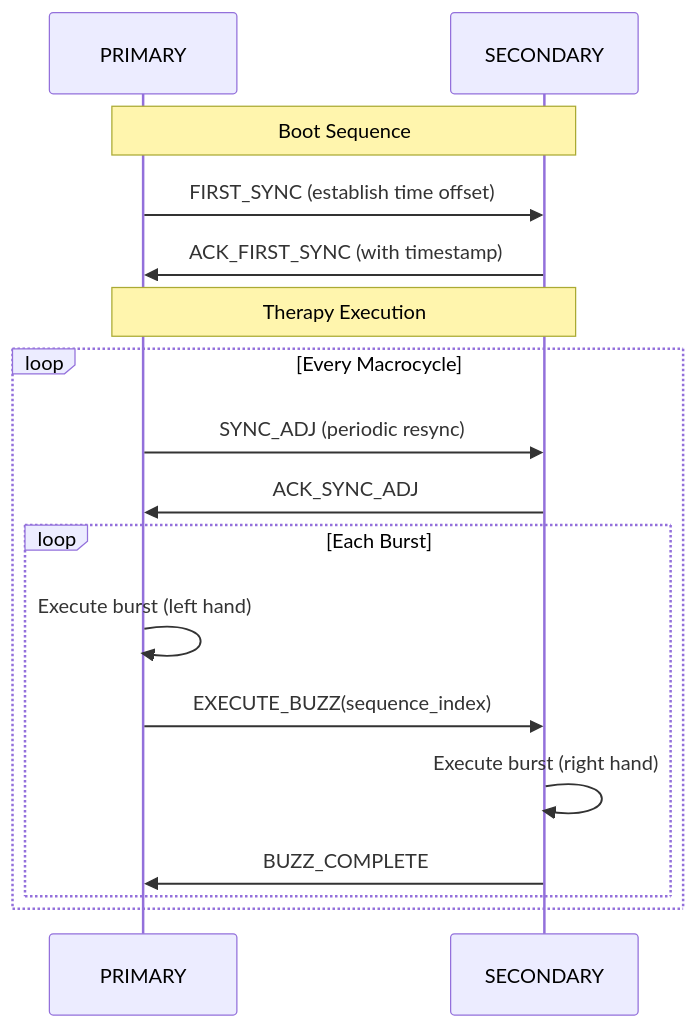
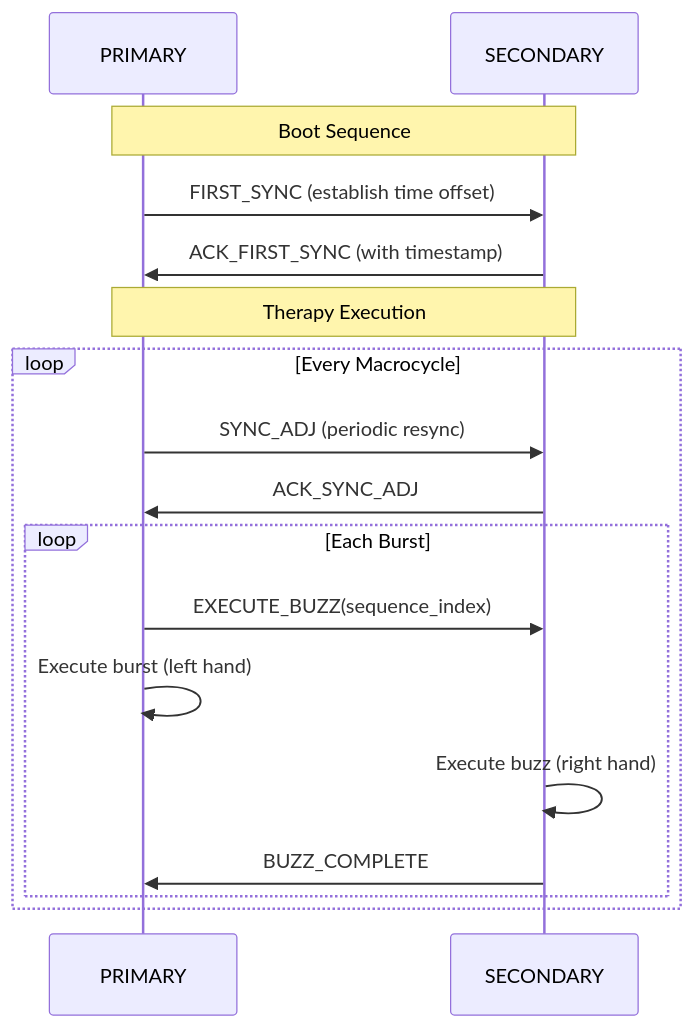
One commit to BlueBuzzah/BlueBuzzah2-Firmware changed the second of 4 diagrams in docs/ARCHITECTURE.md. Above: the diagram before and after it, drawn with Mermaid. The commit also changed other lines of this file, not shown here.

Commit message:
Updated diagram in ARCHITECTURE.md

````diff
--- a/docs/ARCHITECTURE.md
+++ b/docs/ARCHITECTURE.md
@@ -416,22 +442,22 @@
 ```mermaid
 sequenceDiagram
     participant P as PRIMARY
     participant S as SECONDARY
 
     Note over P,S: Boot Sequence
     P->>S: FIRST_SYNC (establish time offset)
     S->>P: ACK_FIRST_SYNC (with timestamp)
 
     Note over P,S: Therapy Execution
     loop Every Macrocycle
         P->>S: SYNC_ADJ (periodic resync)
         S->>P: ACK_SYNC_ADJ
 
         loop Each Burst
+            P->>S: EXECUTE_BUZZ(sequence_index)
             P->>P: Execute burst (left hand)
-            P->>S: EXECUTE_BUZZ(sequence_index)
-            S->>S: Execute burst (right hand)
+            S->>S: Execute buzz (right hand)
             S->>P: BUZZ_COMPLETE
         end
     end
 ```
````
